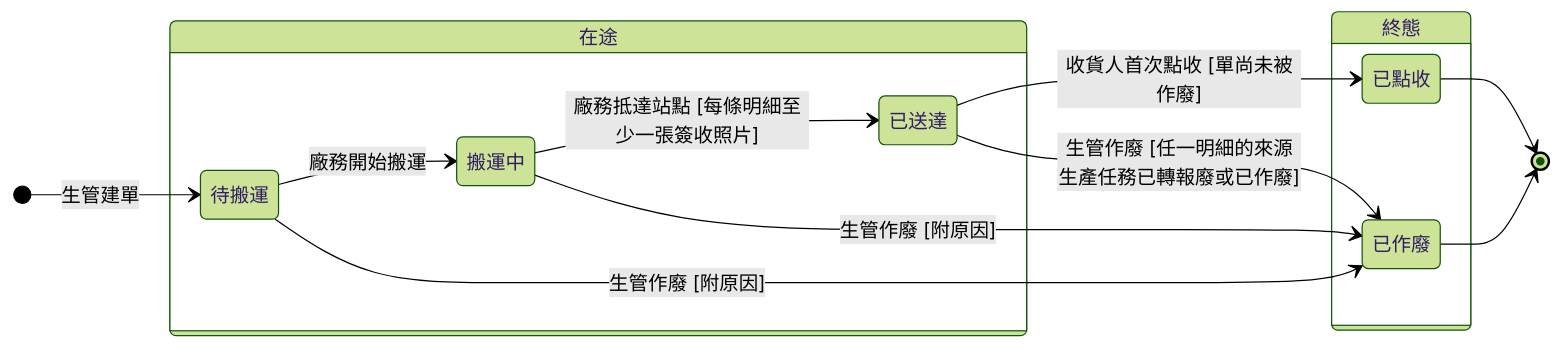
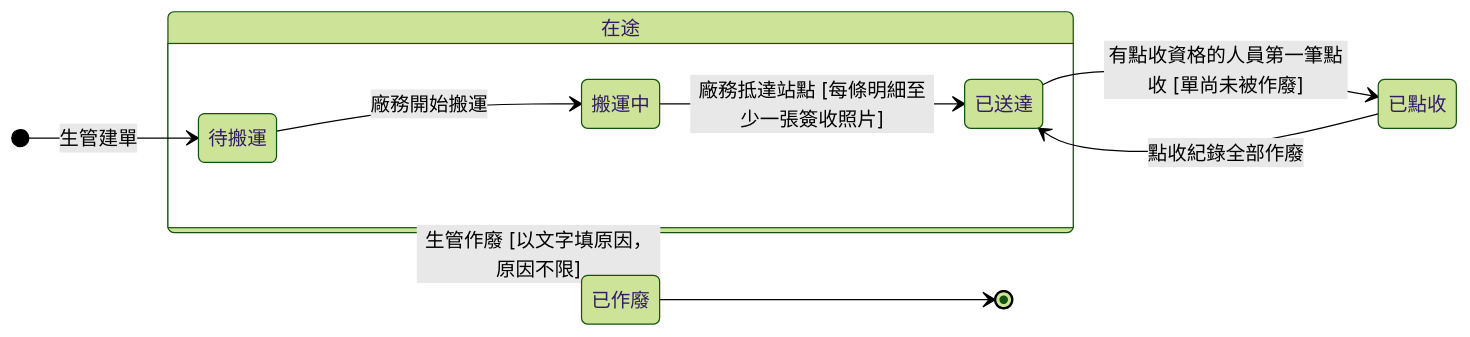
One commit to Kawato-Miles/erp-spec changed the diagram in memory/Sens_wiki/wiki/erp/06-state-machines/轉交單狀態.md. Above: the diagram before and after it, drawn with Mermaid (forest theme). The commit also changed other lines of this file and 62 other files, not shown here.

````diff
--- a/memory/Sens_wiki/wiki/erp/06-state-machines/轉交單狀態.md
+++ b/memory/Sens_wiki/wiki/erp/06-state-machines/轉交單狀態.md
@@ -40,28 +46,24 @@
 ```mermaid
 stateDiagram-v2
     direction LR
 
     [*] --> s_pending : 生管建單
 
     state "在途" as g_active {
         state "待搬運" as s_pending
         state "搬運中" as s_moving
         state "已送達" as s_arrived
 
         s_pending --> s_moving : 廠務開始搬運
         s_moving --> s_arrived : 廠務抵達站點 [每條明細至少一張簽收照片]
     }
 
-    state "終態" as Final {
-        state "已點收" as s_received
-        state "已作廢" as s_void
-    }
+    state "已點收" as s_received
+    state "已作廢" as s_void
 
-    s_arrived --> s_received : 收貨人首次點收 [單尚未被作廢]
-    s_pending --> s_void : 生管作廢 [附原因]
-    s_moving --> s_void : 生管作廢 [附原因]
-    s_arrived --> s_void : 生管作廢 [任一明細的來源生產任務已轉報廢或已作廢]
+    s_arrived --> s_received : 有點收資格的人員第一筆點收 [單尚未被作廢]
+    s_received --> s_arrived : 點收紀錄全部作廢
+    g_active --> s_void : 生管作廢 [以文字填原因，原因不限]
 
-    s_received --> [*]
     s_void --> [*]
 ```
````
